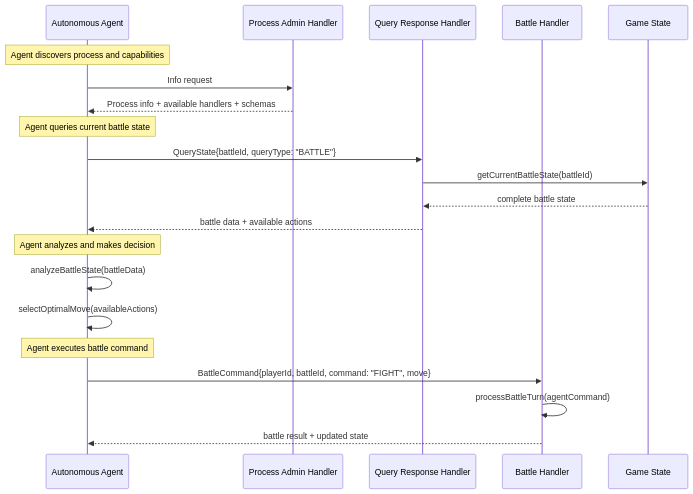
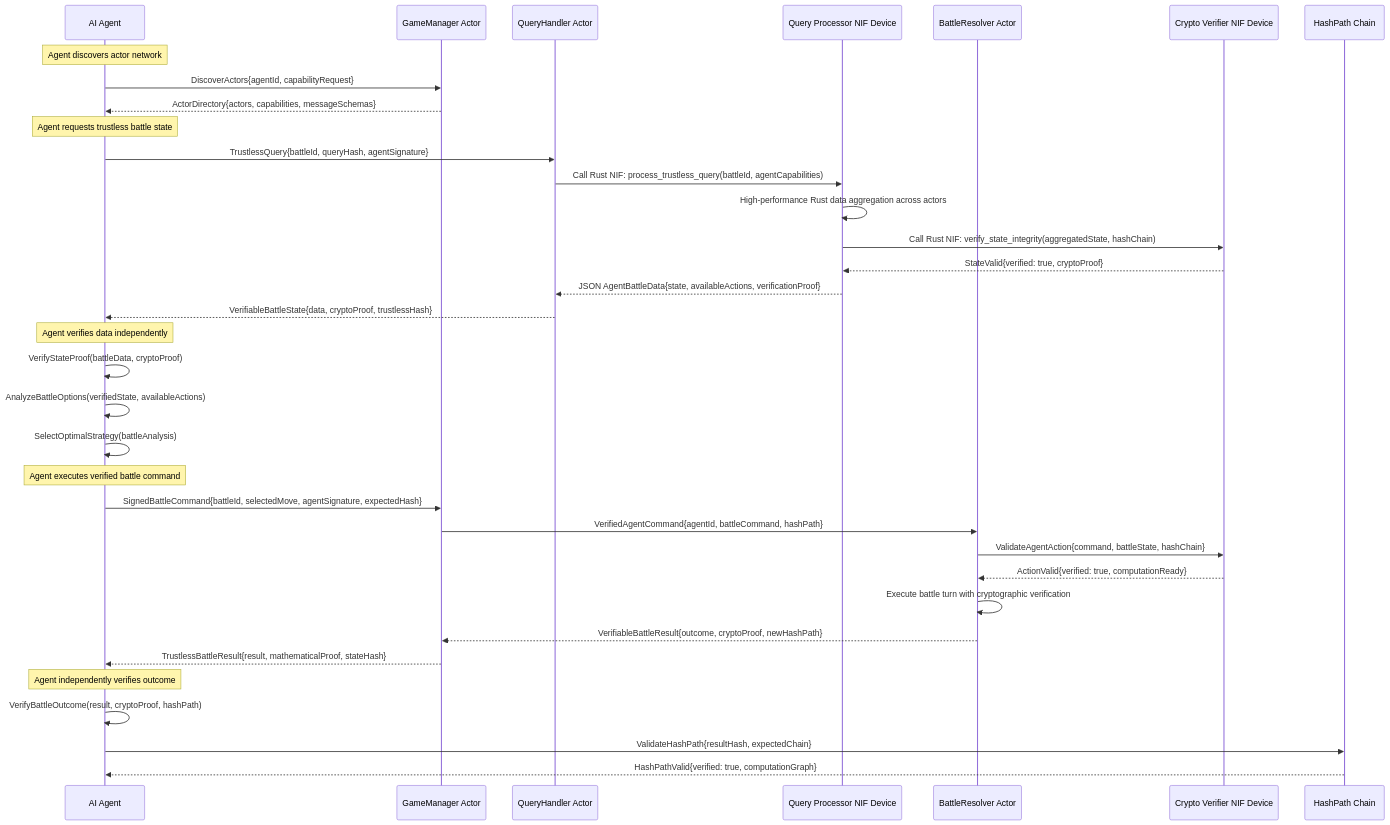
The second of 4 diagrams in docs/architecture/core-workflows.md (pagefaultgames/pokerogue), drawn with Mermaid before and after one commit. The commit also changed other lines of this file and 6 other files, not shown here.

First line of the commit message:
Complete architecture documentation alignment with GameState + Bevy ECS

````diff
--- a/docs/architecture/core-workflows.md
+++ b/docs/architecture/core-workflows.md
@@ -40,27 +41,42 @@
 ```mermaid
 sequenceDiagram
-    participant Agent as Autonomous Agent
-    participant PAH as Process Admin Handler
-    participant QRH as Query Response Handler
-    participant BH as Battle Handler
-    participant GS as Game State
+    participant Agent as AI Agent
+    participant GM as GameManager Actor
+    participant QH as QueryHandler Actor
+    participant QP as Query Processor NIF Device
+    participant BR as BattleResolver Actor
+    participant CV as Crypto Verifier NIF Device
+    participant HP as HashPath Chain
     
-    Note over Agent: Agent discovers process and capabilities
-    Agent->>PAH: Info request
-    PAH-->>Agent: Process info + available handlers + schemas
+    Note over Agent: Agent discovers actor network
+    Agent->>GM: DiscoverActors{agentId, capabilityRequest}
+    GM-->>Agent: ActorDirectory{actors, capabilities, messageSchemas}
     
-    Note over Agent: Agent queries current battle state
-    Agent->>QRH: QueryState{battleId, queryType: "BATTLE"}
-    QRH->>GS: getCurrentBattleState(battleId)
-    GS-->>QRH: complete battle state
-    QRH-->>Agent: battle data + available actions
+    Note over Agent: Agent requests trustless battle state
+    Agent->>QH: TrustlessQuery{battleId, queryHash, agentSignature}
+    QH->>QP: Call Rust NIF: process_trustless_query(battleId, agentCapabilities)
+    QP->>QP: High-performance Rust data aggregation across actors
+    QP->>CV: Call Rust NIF: verify_state_integrity(aggregatedState, hashChain)
+    CV-->>QP: StateValid{verified: true, cryptoProof}
+    QP-->>QH: JSON AgentBattleData{state, availableActions, verificationProof}
+    QH-->>Agent: VerifiableBattleState{data, cryptoProof, trustlessHash}
     
-    Note over Agent: Agent analyzes and makes decision
-    Agent->>Agent: analyzeBattleState(battleData)
-    Agent->>Agent: selectOptimalMove(availableActions)
+    Note over Agent: Agent verifies data independently
+    Agent->>Agent: VerifyStateProof(battleData, cryptoProof)
+    Agent->>Agent: AnalyzeBattleOptions(verifiedState, availableActions)
+    Agent->>Agent: SelectOptimalStrategy(battleAnalysis)
     
-    Note over Agent: Agent executes battle command  
-    Agent->>BH: BattleCommand{playerId, battleId, command: "FIGHT", move}
-    BH->>BH: processBattleTurn(agentCommand)
-    BH-->>Agent: battle result + updated state
+    Note over Agent: Agent executes verified battle command
+    Agent->>GM: SignedBattleCommand{battleId, selectedMove, agentSignature, expectedHash}
+    GM->>BR: VerifiedAgentCommand{agentId, battleCommand, hashPath}
+    BR->>CV: ValidateAgentAction{command, battleState, hashChain}
+    CV-->>BR: ActionValid{verified: true, computationReady}
+    BR->>BR: Execute battle turn with cryptographic verification
+    BR-->>GM: VerifiableBattleResult{outcome, cryptoProof, newHashPath}
+    GM-->>Agent: TrustlessBattleResult{result, mathematicalProof, stateHash}
+    
+    Note over Agent: Agent independently verifies outcome
+    Agent->>Agent: VerifyBattleOutcome(result, cryptoProof, hashPath)
+    Agent->>HP: ValidateHashPath{resultHash, expectedChain}
+    HP-->>Agent: HashPathValid{verified: true, computationGraph}
 ```
````
